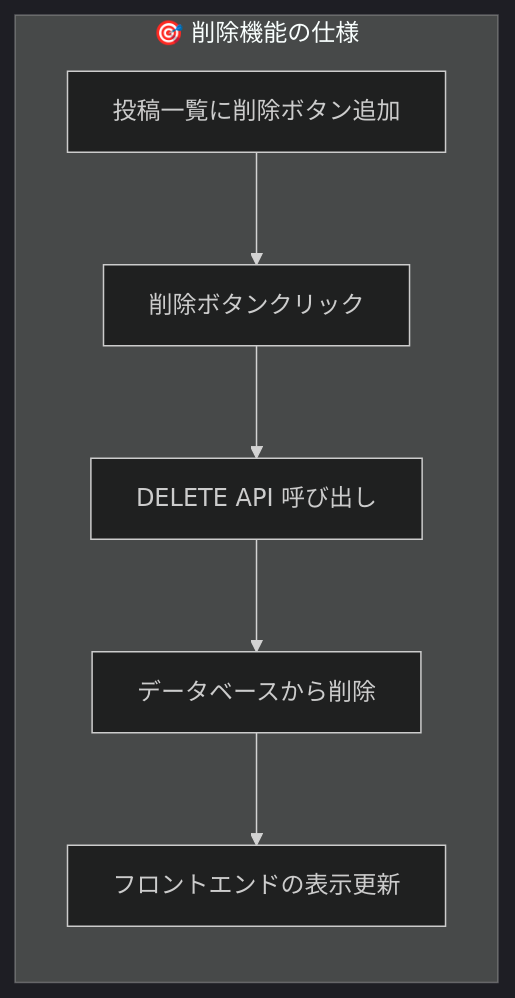
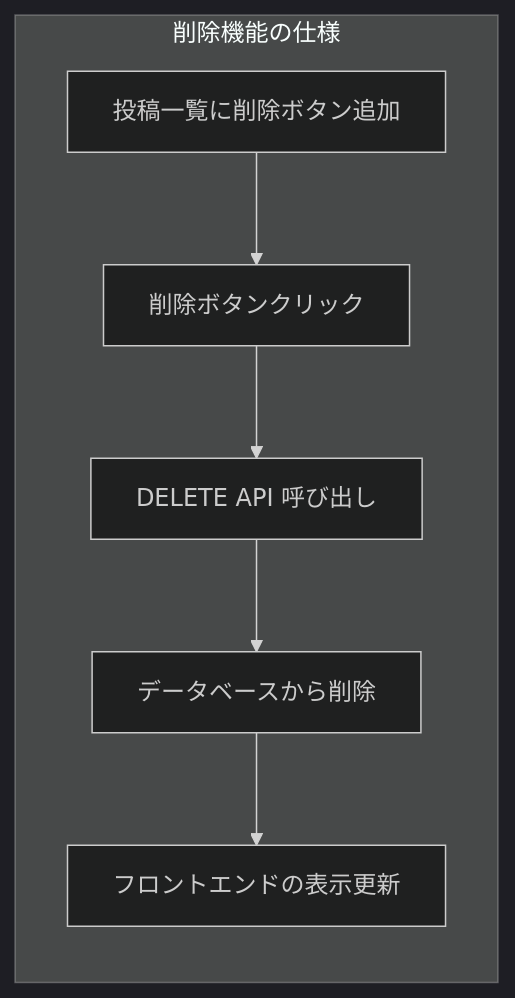
One commit to KITA-DS12/web-app-simple changed diagram 24 of 29 in lecture-materials.md. Above: the diagram before and after it, drawn with Mermaid (dark theme). The commit also changed other lines of this file, not shown here.

````diff
--- a/lecture-materials.md
+++ b/lecture-materials.md
@@ -1560,9 +1560,9 @@
 ```mermaid
 graph LR
-    subgraph "🎯 削除機能の仕様"
+    subgraph "削除機能の仕様"
         A[投稿一覧に削除ボタン追加] --> B[削除ボタンクリック]
         B --> C[DELETE API 呼び出し]
         C --> D[データベースから削除]
         D --> E[フロントエンドの表示更新]
     end
 ```
````
